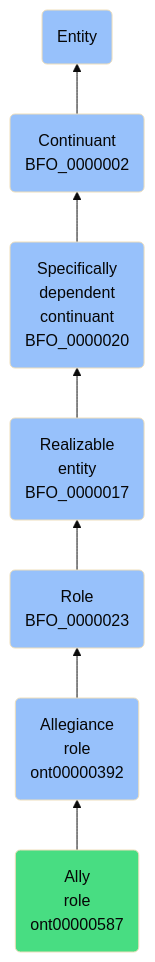
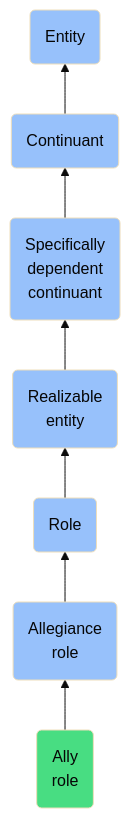
One commit to jupyter-naas/abi changed the diagram in docs/ontology/reference/model/Entity/Continuant/Specifically dependent continuant/Realizable entity/Role/Allegiance role/Ally role/Ally role.md. Above: the diagram before and after it, drawn with Mermaid (base theme). The commit also changed other lines of this file and 1430 other files, not shown here.

````diff
--- a/docs/ontology/reference/model/Entity/Continuant/Specifically dependent continuant/Realizable entity/Role/Allegiance role/Ally role/Ally role.md
+++ b/docs/ontology/reference/model/Entity/Continuant/Specifically dependent continuant/Realizable entity/Role/Allegiance role/Ally role/Ally role.md
@@ -24,14 +24,14 @@
 ```mermaid
 graph BT
-    ont00000587(Ally<br>role<br>ont00000587):::ABI-->ont00000392
-    ont00000392(Allegiance<br>role<br>ont00000392):::BFO-->BFO_0000023
-    BFO_0000023(Role<br>BFO_0000023):::BFO-->BFO_0000017
-    BFO_0000017(Realizable<br>entity<br>BFO_0000017):::BFO-->BFO_0000020
-    BFO_0000020(Specifically<br>dependent<br>continuant<br>BFO_0000020):::BFO-->BFO_0000002
-    BFO_0000002(Continuant<br>BFO_0000002):::BFO-->BFO_0000001
+    ont00000587(Ally<br>role):::ABI-->ont00000392
+    ont00000392(Allegiance<br>role):::BFO-->BFO_0000023
+    BFO_0000023(Role):::BFO-->BFO_0000017
+    BFO_0000017(Realizable<br>entity):::BFO-->BFO_0000020
+    BFO_0000020(Specifically<br>dependent<br>continuant):::BFO-->BFO_0000002
+    BFO_0000002(Continuant):::BFO-->BFO_0000001
     BFO_0000001(Entity):::BFO
     
     classDef BFO fill:#97c1fb,color:#060606
     classDef CCO fill:#e4c51e,color:#060606
     classDef ABI fill:#48DD82,color:#060606
 ```
````
